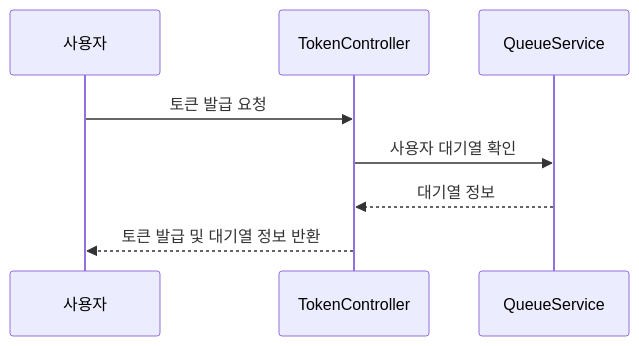
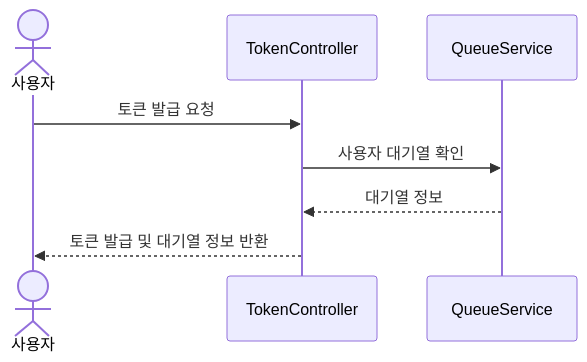
Before and after one commit to danykim57/concert: the first of 6 diagrams in README.md, drawn with Mermaid. The commit also changed other lines of this file, not shown here.

````diff
--- a/README.md
+++ b/README.md
@@ -86,10 +86,10 @@
 ```mermaid
 sequenceDiagram
-    participant User as 사용자
+    actor User as 사용자
     participant API_Server as TokenController
     participant Queue_System as QueueService
     User->>API_Server: 토큰 발급 요청
     API_Server->>Queue_System: 사용자 대기열 확인
     Queue_System-->>API_Server: 대기열 정보
     API_Server-->>User: 토큰 발급 및 대기열 정보 반환
 ```
````
